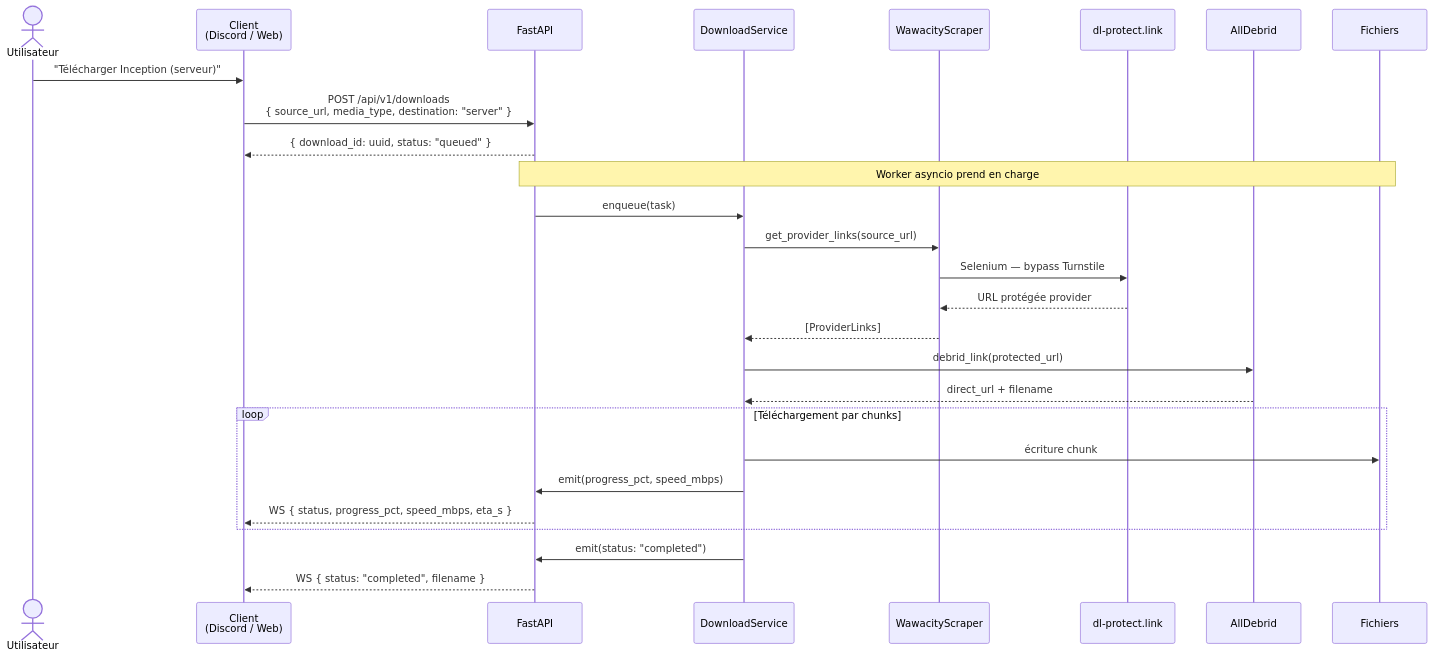
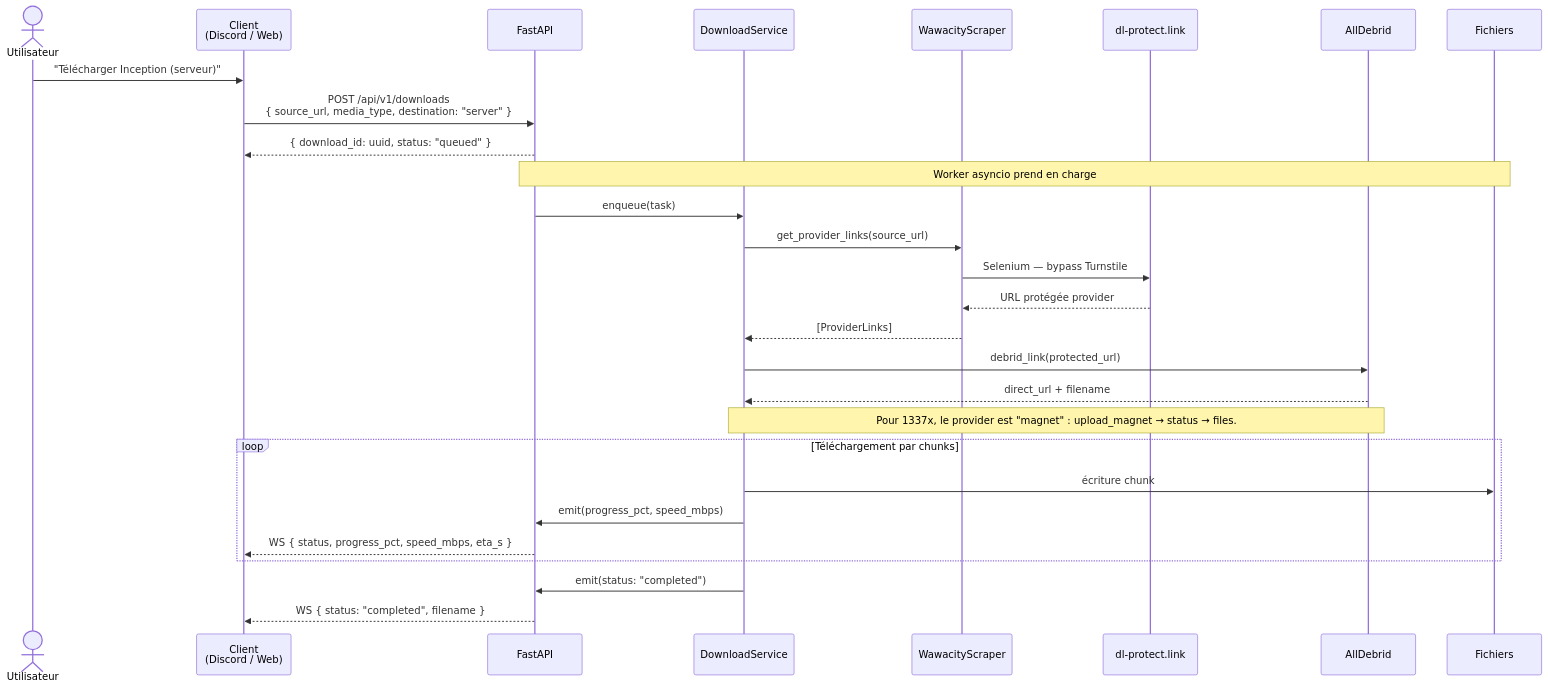
The second of 7 diagrams in docs/architecture-v2.md (Gon3s/dl_discord_bot), drawn with Mermaid before and after one commit. The commit also changed other lines of this file and 15 other files, not shown here.

````diff
--- a/docs/architecture-v2.md
+++ b/docs/architecture-v2.md
@@ -66,35 +68,37 @@
 ```mermaid
 sequenceDiagram
     actor U as Utilisateur
     participant C as Client<br/>(Discord / Web)
     participant API as FastAPI
     participant SVC as DownloadService
     participant SCR as WawacityScraper
     participant DLP as dl-protect.link
     participant AD as AllDebrid
     participant FS as Fichiers
 
     U->>C: "Télécharger Inception (serveur)"
     C->>API: POST /api/v1/downloads<br/>{ source_url, media_type, destination: "server" }
     API-->>C: { download_id: uuid, status: "queued" }
 
     Note over API,FS: Worker asyncio prend en charge
 
     API->>SVC: enqueue(task)
     SVC->>SCR: get_provider_links(source_url)
     SCR->>DLP: Selenium — bypass Turnstile
     DLP-->>SCR: URL protégée provider
     SCR-->>SVC: [ProviderLinks]
 
     SVC->>AD: debrid_link(protected_url)
     AD-->>SVC: direct_url + filename
 
+    Note over SVC,AD: Pour 1337x, le provider est "magnet" : upload_magnet → status → files.
+
     loop Téléchargement par chunks
         SVC->>FS: écriture chunk
         SVC->>API: emit(progress_pct, speed_mbps)
         API-->>C: WS { status, progress_pct, speed_mbps, eta_s }
     end
 
     SVC->>API: emit(status: "completed")
     API-->>C: WS { status: "completed", filename }
 ```
````
